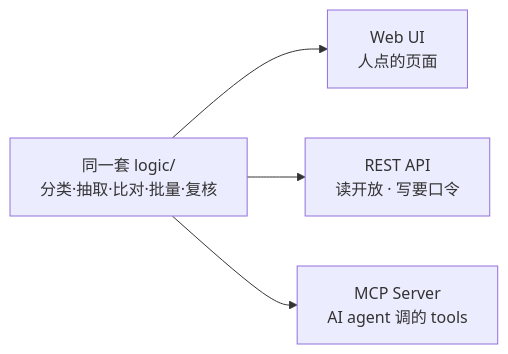
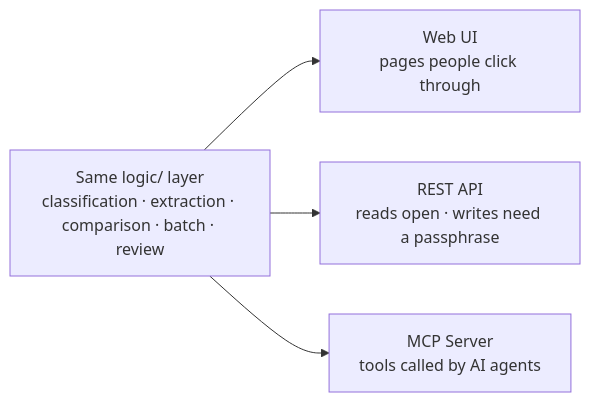
The diagram in docs/diagrams/entries.mmd (xbl2602/Averis-Monash-Hackathon-2026---Cat-on-Lime), drawn with Mermaid before and after one commit. The commit also changed 161 other files, not shown here.

```diff
--- a/docs/diagrams/entries.mmd
+++ b/docs/diagrams/entries.mmd
@@ -1,7 +1,7 @@
-%% 源码：README Ecosystem 节多入口图 + docs/diagrams/entries.png。
-%% 重渲染命令（仓库根目录）：npx -y @mermaid-js/mermaid-cli -i docs/diagrams/entries.mmd -o docs/diagrams/entries.png -c docs/diagrams/mermaid-config.json -b white -s 2
-%% 1→3 扇形用 LR 两列排（约 4:3）；写保护细节折进标签，匿名 dry_run 见 caption。
+%% Source: the README Ecosystem section multi-entry-point diagram + docs/diagrams/entries.png.
+%% Re-render command (from repo root): npx -y @mermaid-js/mermaid-cli -i docs/diagrams/entries.mmd -o docs/diagrams/entries.png -c docs/diagrams/mermaid-config.json -b white -s 2
+%% The 1-to-3 fan-out is laid out in two LR columns (roughly 4:3); write-protection details are folded into the labels — see the caption for anonymous dry_run.
 flowchart LR
-    L["同一套 logic/<br/>分类·抽取·比对·批量·复核"] --> G["Web UI<br/>人点的页面"]
-    L --> A["REST API<br/>读开放 · 写要口令"]
-    L --> M["MCP Server<br/>AI agent 调的 tools"]
+    L["Same logic/ layer<br/>classification · extraction · comparison · batch · review"] --> G["Web UI<br/>pages people click through"]
+    L --> A["REST API<br/>reads open · writes need a passphrase"]
+    L --> M["MCP Server<br/>tools called by AI agents"]
```
